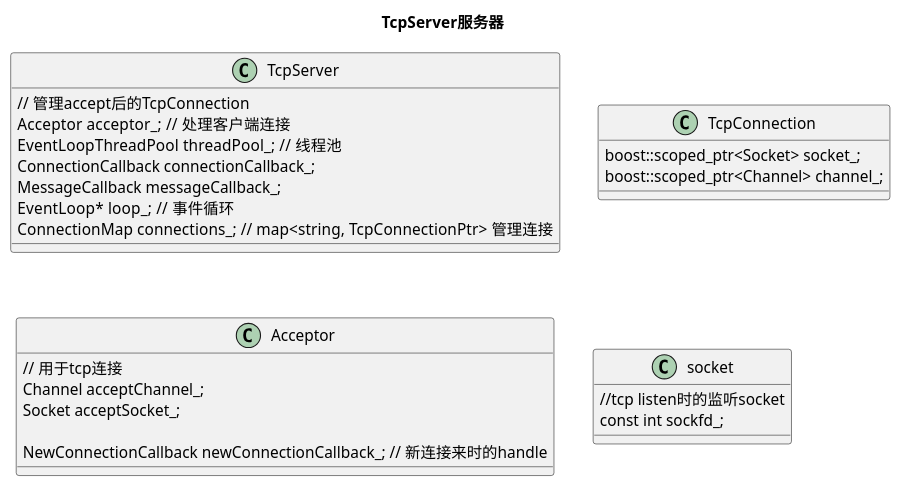
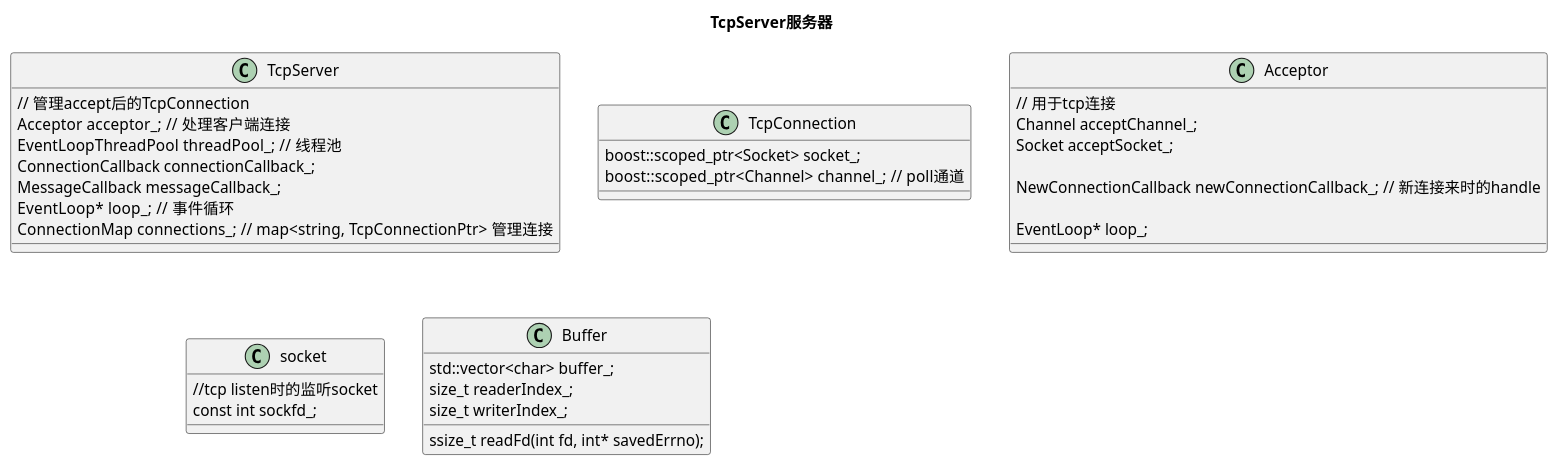
The third of 4 diagrams in muduo/muduo.md (hz-fengpeng/doc), drawn with PlantUML before and after one commit. The commit also changed other lines of this file and 33 other files, not shown here.

````diff
--- a/muduo/muduo.md
+++ b/muduo/muduo.md
@@ -68,36 +78,47 @@
 ```plantuml
 title TcpServer服务器
 
 class TcpServer
 {
     // 管理accept后的TcpConnection
     Acceptor acceptor_;  // 处理客户端连接
     EventLoopThreadPool threadPool_;  // 线程池
     ConnectionCallback connectionCallback_;
     MessageCallback messageCallback_;
     EventLoop* loop_;  // 事件循环
     ConnectionMap connections_;  // map<string, TcpConnectionPtr> 管理连接
 }
 
 class TcpConnection
 {
     boost::scoped_ptr<Socket> socket_;
-    boost::scoped_ptr<Channel> channel_;
+    boost::scoped_ptr<Channel> channel_;  // poll通道
 }
 
 class Acceptor
 {
     // 用于tcp连接
     Channel acceptChannel_;
     Socket acceptSocket_;
 
     NewConnectionCallback newConnectionCallback_; // 新连接来时的handle
+
+    EventLoop* loop_;
 }
 
 class socket
 {   
     //tcp listen时的监听socket
     const int sockfd_;
 }
 
+class Buffer
+{
+    std::vector<char> buffer_;
+    size_t readerIndex_;
+    size_t writerIndex_;
+
+    ssize_t readFd(int fd, int* savedErrno);
+}
+
 ```
````
